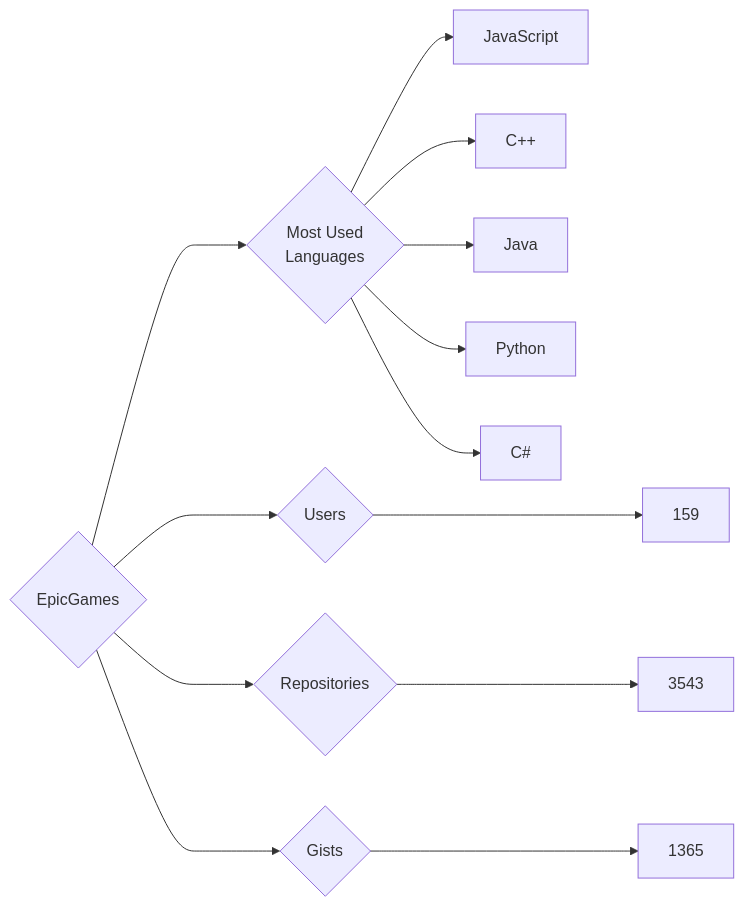
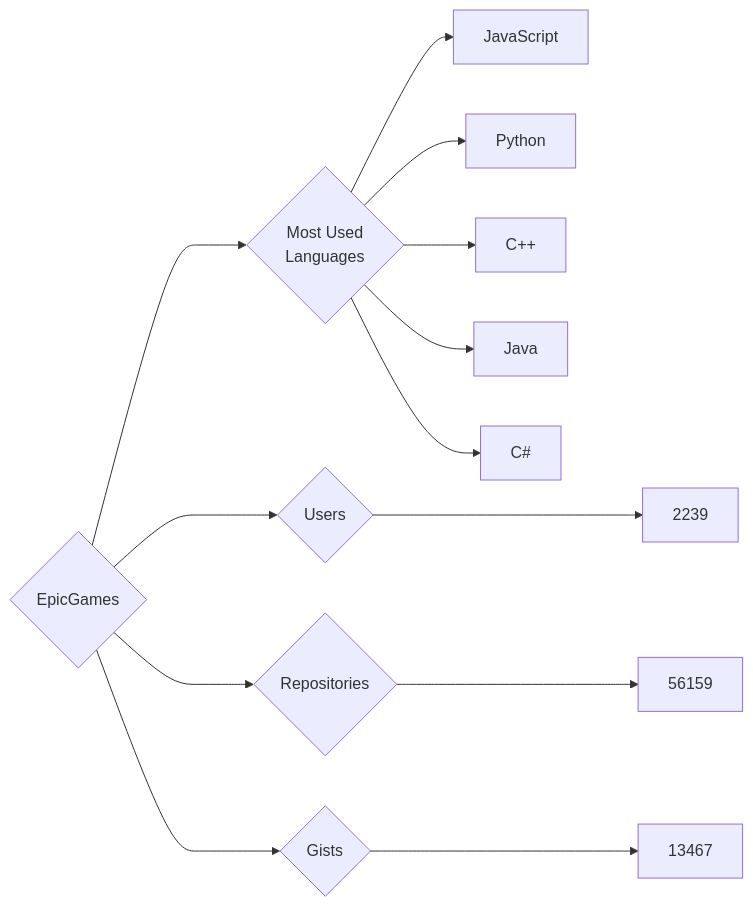
One commit to trickest/insiders changed the diagram in targets/EpicGames/README.md. Above: the diagram before and after it, drawn with Mermaid. The commit also changed 796 other files, not shown here.

````diff
--- a/targets/EpicGames/README.md
+++ b/targets/EpicGames/README.md
@@ -3,13 +3,13 @@
 ```mermaid
 graph LR
 COMPANY_NAME{EpicGames}
-COMPANY_NAME ---> U{Users} ---> UN[159]
-COMPANY_NAME ---> R{Repositories} ---> RN[3543]
-COMPANY_NAME ---> G{Gists} ---> GN[1365]
+COMPANY_NAME ---> U{Users} ---> UN[2239]
+COMPANY_NAME ---> R{Repositories} ---> RN[56159]
+COMPANY_NAME ---> G{Gists} ---> GN[13467]
 COMPANY_NAME ---> ML{Most Used<br>Languages}
 ML --> JavaScript[JavaScript]
+ML --> Python[Python]
 ML --> C++[C++]
 ML --> Java[Java]
-ML --> Python[Python]
 ML --> C#[C#]
 ```
````
